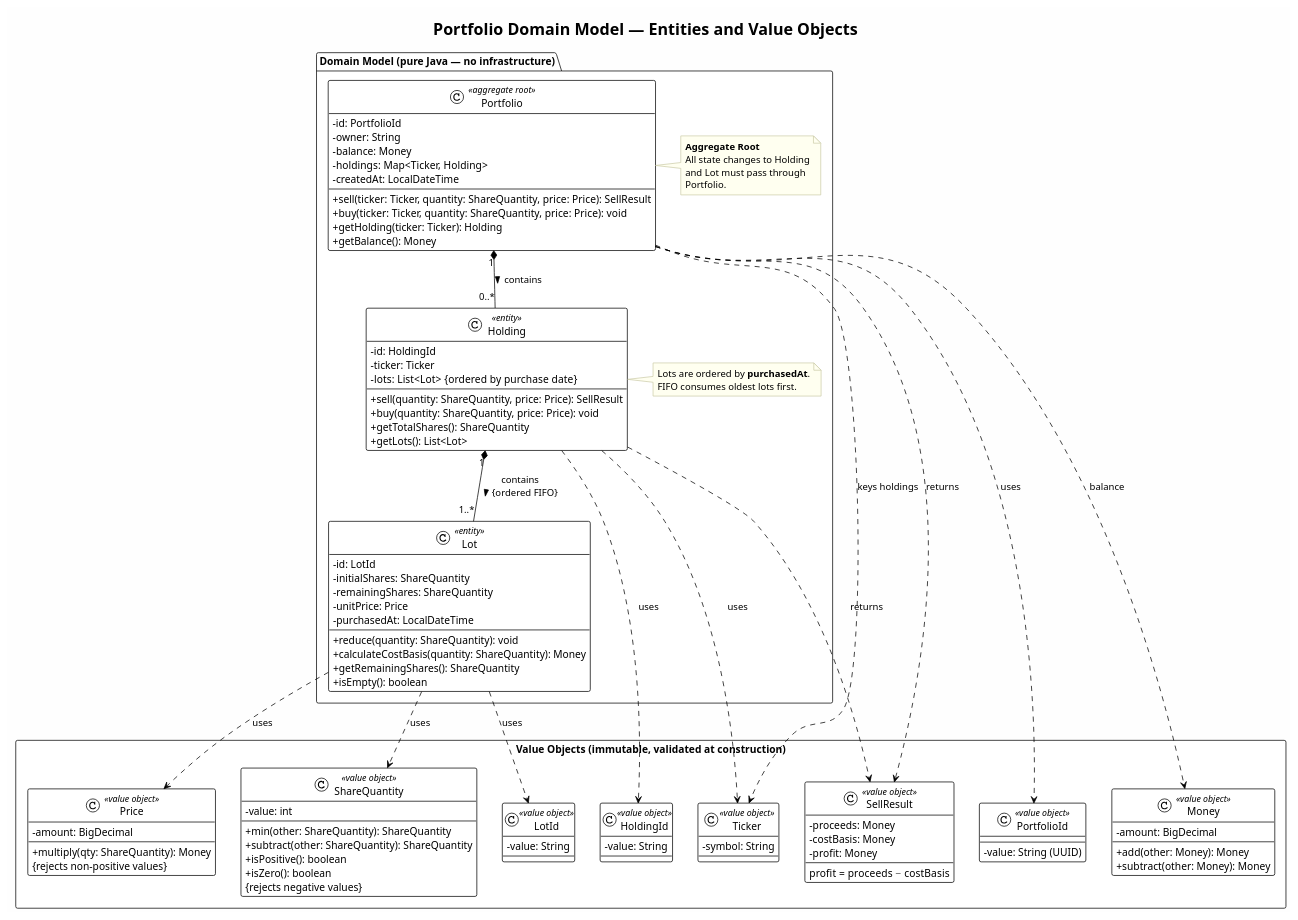
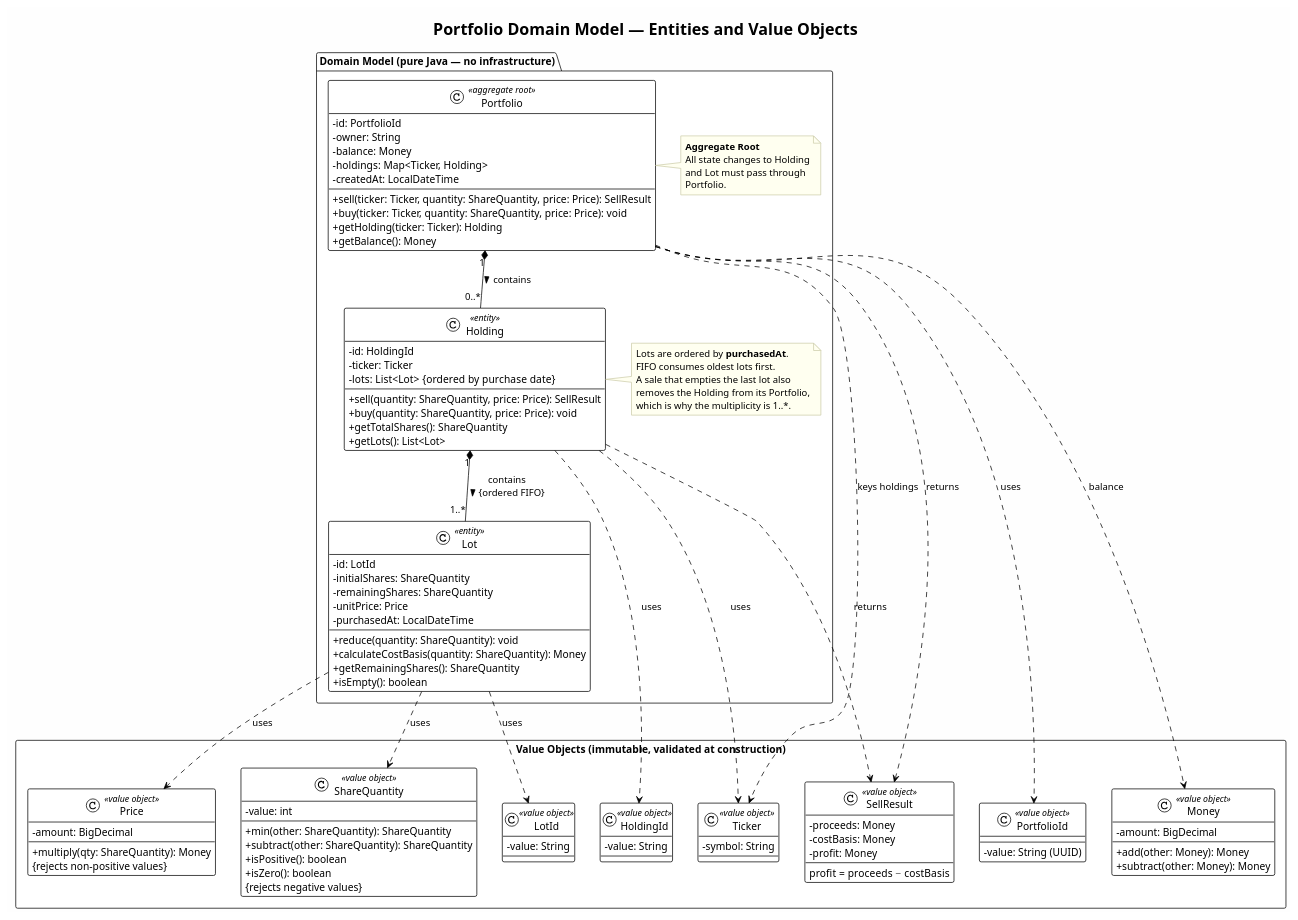
Before and after one commit to alfredorueda/HexaStock: the diagram in sell-stocks-domain-kata/docs/spec/domain-class-diagram.puml, drawn with PlantUML. The commit also changed 18 other files, not shown here.

```diff
--- a/sell-stocks-domain-kata/docs/spec/domain-class-diagram.puml
+++ b/sell-stocks-domain-kata/docs/spec/domain-class-diagram.puml
@@ -1,135 +1,138 @@
 @startuml domain-class-diagram
 !theme plain
 skinparam backgroundColor #FEFEFE
 skinparam classAttributeIconSize 0
 skinparam class {
   BackgroundColor White
   BorderColor Black
   ArrowColor Black
 }
 skinparam note {
   BackgroundColor #FFFFF0
   BorderColor #CCCCAA
 }
 
 title Portfolio Domain Model — Entities and Value Objects
 
 package "Domain Model (pure Java — no infrastructure)" {
 
   class Portfolio <<aggregate root>> {
     - id: PortfolioId
     - owner: String
     - balance: Money
     - holdings: Map<Ticker, Holding>
     - createdAt: LocalDateTime
     __
     + sell(ticker: Ticker, quantity: ShareQuantity, price: Price): SellResult
     + buy(ticker: Ticker, quantity: ShareQuantity, price: Price): void
     + getHolding(ticker: Ticker): Holding
     + getBalance(): Money
   }
 
   class Holding <<entity>> {
     - id: HoldingId
     - ticker: Ticker
     - lots: List<Lot>  {ordered by purchase date}
     __
     + sell(quantity: ShareQuantity, price: Price): SellResult
     + buy(quantity: ShareQuantity, price: Price): void
     + getTotalShares(): ShareQuantity
     + getLots(): List<Lot>
   }
 
   class Lot <<entity>> {
     - id: LotId
     - initialShares: ShareQuantity
     - remainingShares: ShareQuantity
     - unitPrice: Price
     - purchasedAt: LocalDateTime
     __
     + reduce(quantity: ShareQuantity): void
     + calculateCostBasis(quantity: ShareQuantity): Money
     + getRemainingShares(): ShareQuantity
     + isEmpty(): boolean
   }
 
   Portfolio "1" *-- "0..*" Holding : contains  >
   Holding "1" *-- "1..*" Lot : contains\n{ordered FIFO}  >
 
   note right of Portfolio
     **Aggregate Root**
     All state changes to Holding
     and Lot must pass through
     Portfolio.
   end note
 
   note right of Holding
     Lots are ordered by **purchasedAt**.
     FIFO consumes oldest lots first.
+    A sale that empties the last lot also
+    removes the Holding from its Portfolio,
+    which is why the multiplicity is 1..*.
   end note
 }
 
 package "Value Objects (immutable, validated at construction)" <<Rectangle>> {
 
   class Money <<value object>> {
     - amount: BigDecimal
     __
     + add(other: Money): Money
     + subtract(other: Money): Money
   }
 
   class Price <<value object>> {
     - amount: BigDecimal
     __
     + multiply(qty: ShareQuantity): Money
     {rejects non-positive values}
   }
 
   class ShareQuantity <<value object>> {
     - value: int
     __
     + min(other: ShareQuantity): ShareQuantity
     + subtract(other: ShareQuantity): ShareQuantity
     + isPositive(): boolean
     + isZero(): boolean
     {rejects negative values}
   }
 
   class Ticker <<value object>> {
     - symbol: String
   }
 
   class PortfolioId <<value object>> {
     - value: String (UUID)
   }
 
   class HoldingId <<value object>> {
     - value: String
   }
 
   class LotId <<value object>> {
     - value: String
   }
 
   class SellResult <<value object>> {
     - proceeds: Money
     - costBasis: Money
     - profit: Money
     __
     profit = proceeds − costBasis
   }
 }
 
 ' Relationships from entities to value objects
 Portfolio ..> PortfolioId : uses
 Portfolio ..> Money : balance
 Portfolio ..> Ticker : keys holdings
 Holding ..> HoldingId : uses
 Holding ..> Ticker : uses
 Lot ..> LotId : uses
 Lot ..> ShareQuantity : uses
 Lot ..> Price : uses
 Holding ..> SellResult : returns
 Portfolio ..> SellResult : returns
 
 @enduml
```
